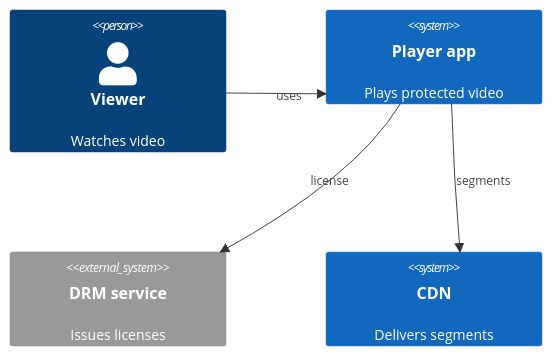
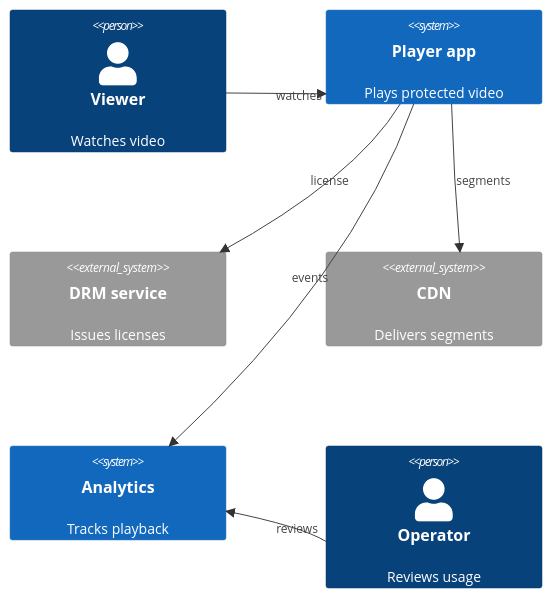
One commit to dkdev24/pele-animate changed the fourth of 11 diagrams in docs/diagram-types.md. Above: the diagram before and after it, drawn with Mermaid. The commit also changed other lines of this file and 2 other files, not shown here.

First line of the commit message:
docs: richer diagram-type examples with story pins; journey steps at narrow widths

````diff
--- a/docs/diagram-types.md
+++ b/docs/diagram-types.md
@@ -104,11 +119,16 @@
 ```mermaid live
 C4Context
-  %% pa: 1=viewer 2=app 3=drm,cdn
+  %% pa: 1=viewer 2=app 3=drm 4=cdn 5=analytics 6=admin
   Person(viewer, "Viewer", "Watches video")
   System(app, "Player app", "Plays protected video")
   System_Ext(drm, "DRM service", "Issues licenses")
-  System(cdn, "CDN", "Delivers segments")
-  Rel(viewer, app, "uses")
+  System_Ext(cdn, "CDN", "Delivers segments")
+  System(analytics, "Analytics", "Tracks playback")
+  Person(admin, "Operator", "Reviews usage")
+  Rel(viewer, app, "watches")
   Rel(app, drm, "license")
   Rel(app, cdn, "segments")
+  Rel(app, analytics, "events")
+  Rel(admin, analytics, "reviews")
+  UpdateLayoutConfig($c4ShapeInRow="3", $c4BoundaryInRow="1")
 ```
````
